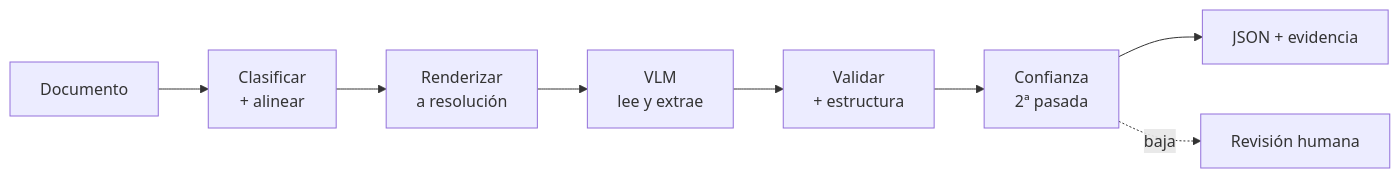
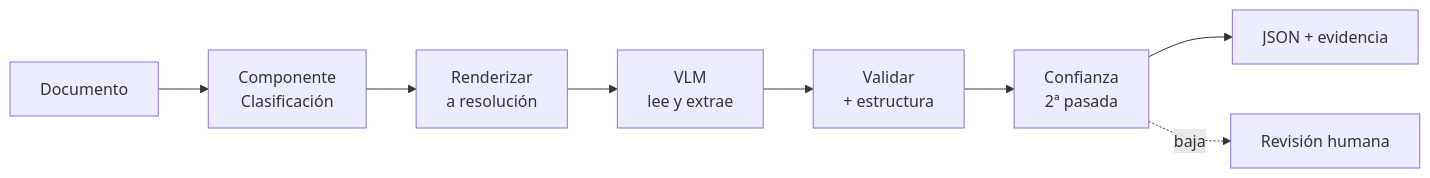
Before and after one commit to mariogarcia-ar/docflow: the fifth of 6 diagrams in README.md, drawn with Mermaid. The commit also changed other lines of this file, not shown here.

Commit message:
Refactor README.md to enhance the classification component with detailed explanations and flow diagrams

````diff
--- a/README.md
+++ b/README.md
@@ -138,10 +216,10 @@
 ```mermaid
 graph LR
-    A["Documento"] --> B["Clasificar<br/>+ alinear"]
+    A["Documento"] --> B["Componente<br/>Clasificación"]
     B --> C["Renderizar<br/>a resolución"]
     C --> D["VLM<br/>lee y extrae"]
     D --> E["Validar<br/>+ estructura"]
     E --> F["Confianza<br/>2ª pasada"]
     F --> G["JSON + evidencia"]
     F -.baja.-> H["Revisión humana"]
 ```
````
